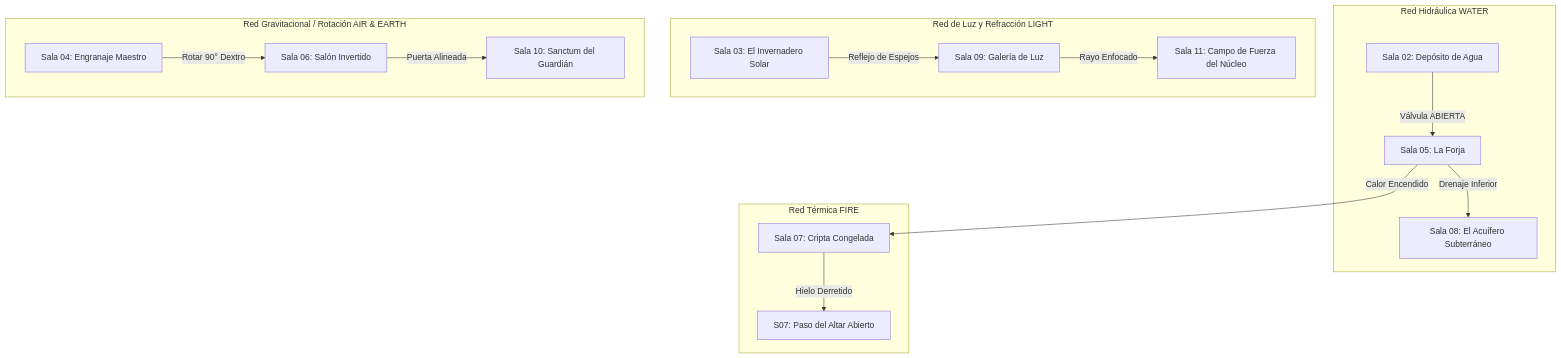
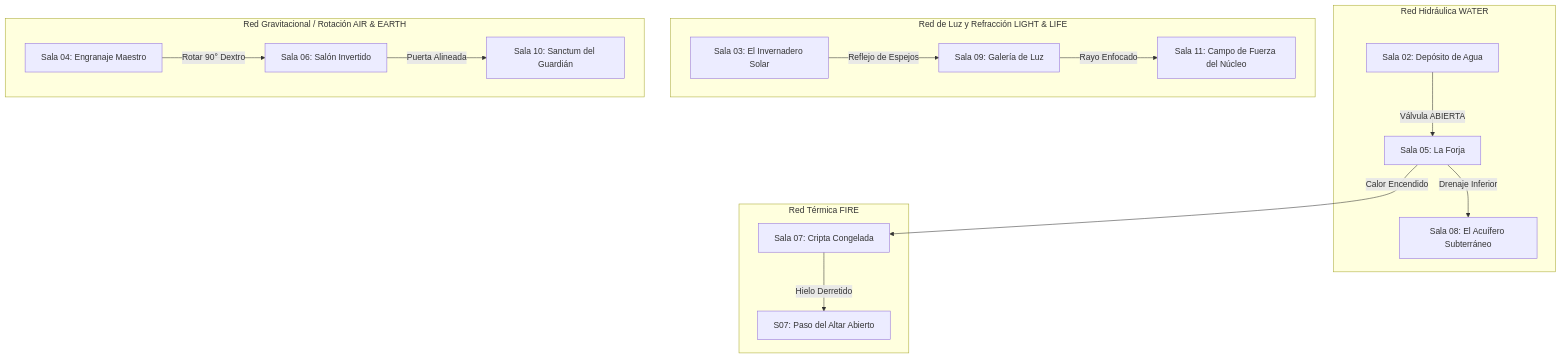
The second of 2 diagrams in 7 - DM/OneShots/ARepeat/02-Relaciones_Inter_Salas_y_Matriz.md (linkmati/ShivathLyss), drawn with Mermaid before and after one commit. The commit also changed other lines of this file and 2 other files, not shown here.

````diff
--- a/7 - DM/OneShots/ARepeat/02-Relaciones_Inter_Salas_y_Matriz.md
+++ b/7 - DM/OneShots/ARepeat/02-Relaciones_Inter_Salas_y_Matriz.md
@@ -13,22 +29,22 @@
 ```mermaid
 graph TD
     subgraph Red Hidráulica WATER
         S02["Sala 02: Depósito de Agua"] -->|"Válvula ABIERTA"| S05["Sala 05: La Forja Inundada"]
         S05 -->|"Drenaje Inferior"| S08["Sala 08: El Acuífero Subterráneo"]
     end
 
     subgraph Red Térmica FIRE
         S05["Sala 05: La Forja"] -->|"Calor Encendido"| S07["Sala 07: Cripta Congelada"]
         S07 -->|"Hielo Derretido"| S07B["S07: Paso del Altar Abierto"]
     end
 
-    subgraph Red de Luz y Refracción LIGHT
+    subgraph Red de Luz y Refracción LIGHT & LIFE
         S03["Sala 03: El Invernadero Solar"] -->|"Reflejo de Espejos"| S09["Sala 09: Galería de Luz"]
         S09 -->|"Rayo Enfocado"| S11["Sala 11: Campo de Fuerza del Núcleo"]
     end
 
     subgraph Red Gravitacional / Rotación AIR & EARTH
         S04["Sala 04: Engranaje Maestro"] -->|"Rotar 90° Dextro"| S06["Sala 06: Salón Invertido"]
         S06 -->|"Puerta Alineada"| S10["Sala 10: Sanctum del Guardián"]
     end
 ```
````
